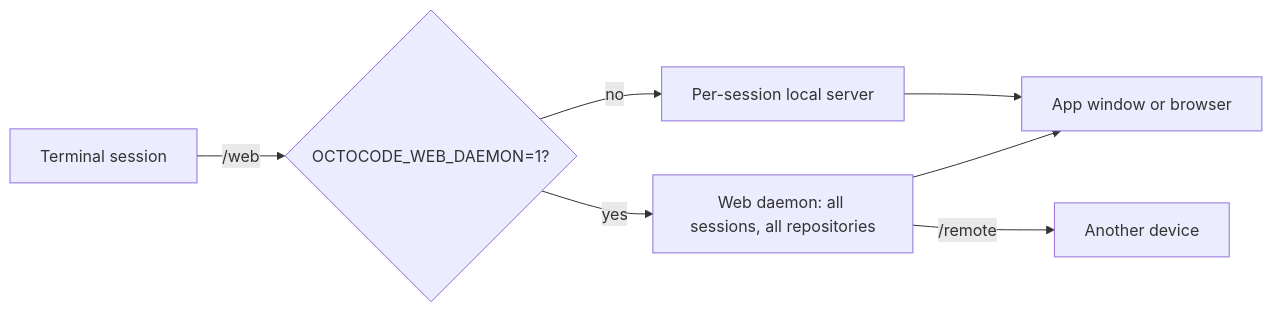
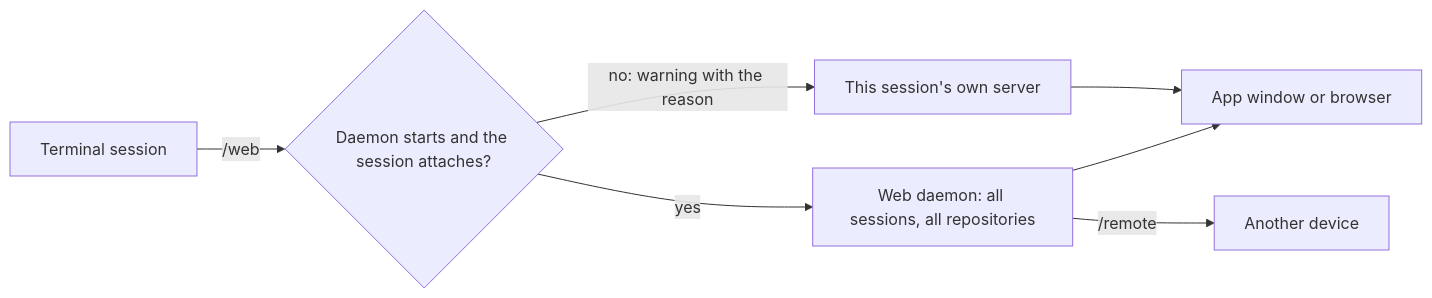
Before and after one commit to bgauryy/octocode-coding-agent: the diagram in packages/coding-agent/docs/web-workspace.md, drawn with Mermaid. The commit also changed other lines of this file and 1413 other files, not shown here.

````diff
--- a/packages/coding-agent/docs/web-workspace.md
+++ b/packages/coding-agent/docs/web-workspace.md
@@ -11,9 +11,9 @@
 ```mermaid
 flowchart LR
-  T[Terminal session] -->|/web| S{OCTOCODE_WEB_DAEMON=1?}
-  S -->|no| P[Per-session local server]
+  T[Terminal session] -->|/web| S{Daemon starts and the session attaches?}
   S -->|yes| D[Web daemon: all sessions, all repositories]
+  S -->|no: warning with the reason| P[This session's own server]
   P --> W[App window or browser]
   D --> W
   D -->|/remote| R[Another device]
 ```
````
